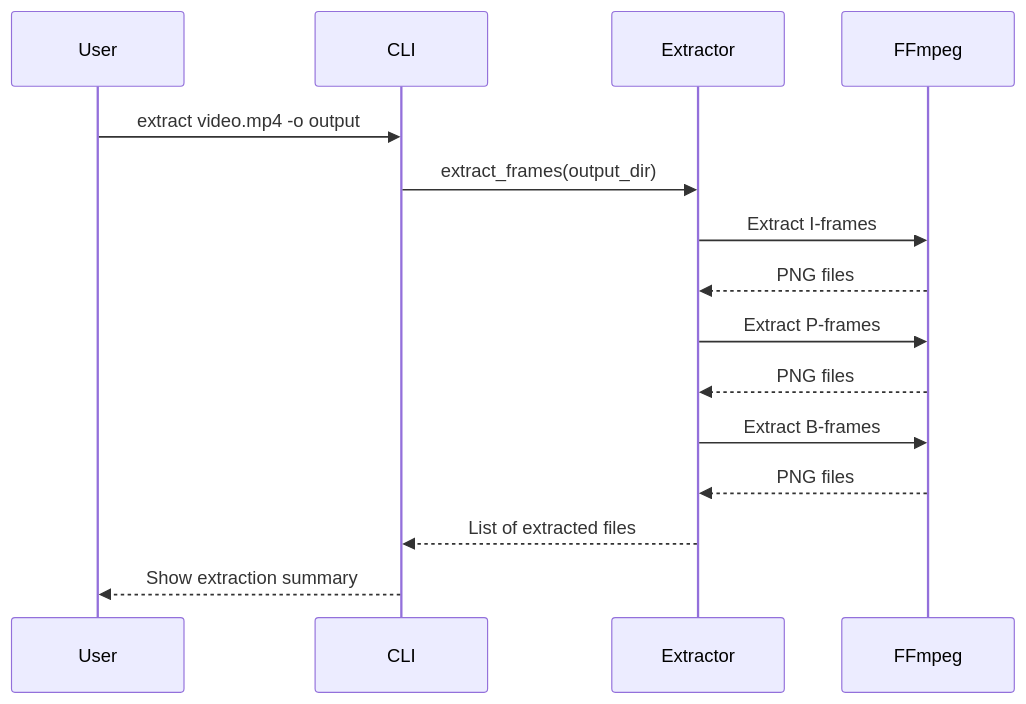
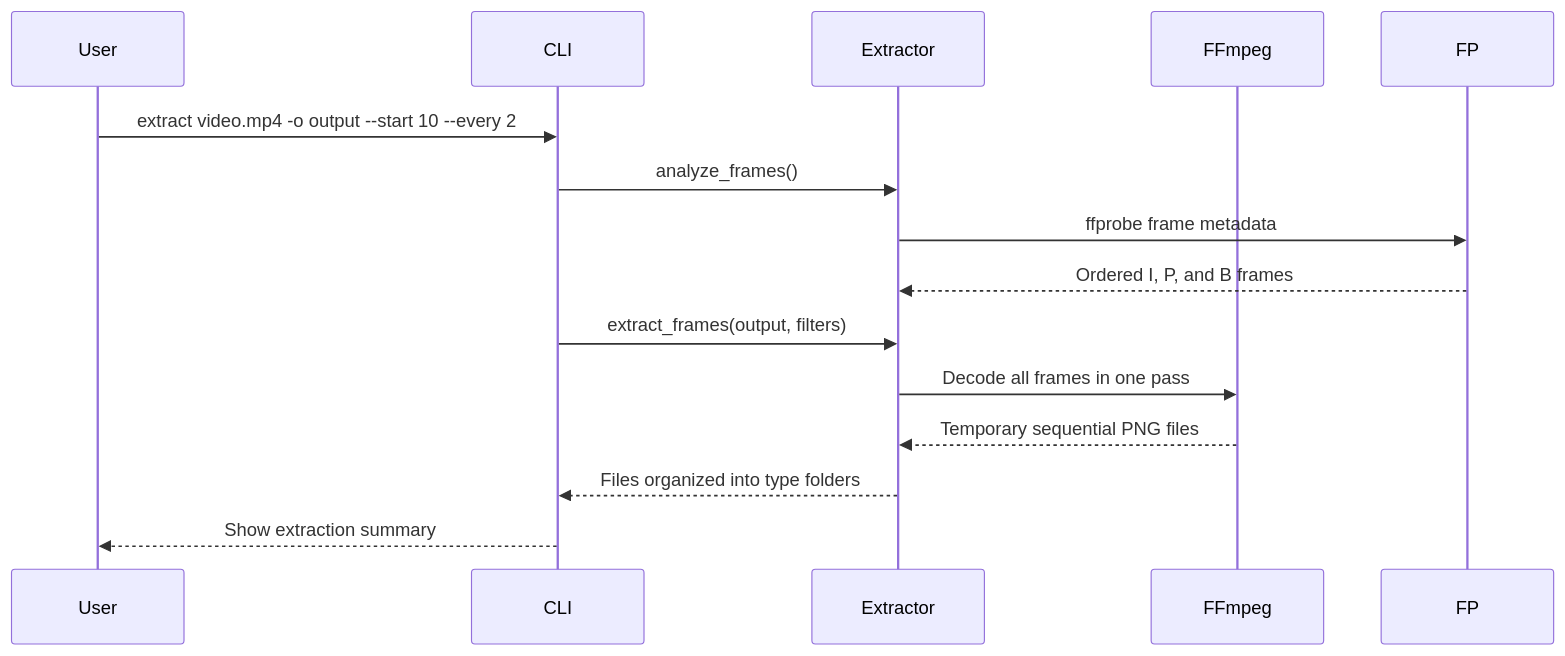
Before and after one commit to ashishsaud2025/frame-inspector: the third of 5 diagrams in architecture.md, drawn with Mermaid. The commit also changed other lines of this file and 1 other file, not shown here.

Commit message:
update documentation and architecture diagrams

````diff
--- a/architecture.md
+++ b/architecture.md
@@ -54,18 +58,17 @@
 ```mermaid
 sequenceDiagram
     participant U as User
     participant CLI as CLI
     participant EXT as Extractor
     participant FF as FFmpeg
     
-    U->>CLI: extract video.mp4 -o output
-    CLI->>EXT: extract_frames(output_dir)
-    EXT->>FF: Extract I-frames
-    FF-->>EXT: PNG files
-    EXT->>FF: Extract P-frames
-    FF-->>EXT: PNG files
-    EXT->>FF: Extract B-frames
-    FF-->>EXT: PNG files
-    EXT-->>CLI: List of extracted files
+    U->>CLI: extract video.mp4 -o output --start 10 --every 2
+    CLI->>EXT: analyze_frames()
+    EXT->>FP: ffprobe frame metadata
+    FP-->>EXT: Ordered I, P, and B frames
+    CLI->>EXT: extract_frames(output, filters)
+    EXT->>FF: Decode all frames in one pass
+    FF-->>EXT: Temporary sequential PNG files
+    EXT-->>CLI: Files organized into type folders
     CLI-->>U: Show extraction summary
 ```
````
